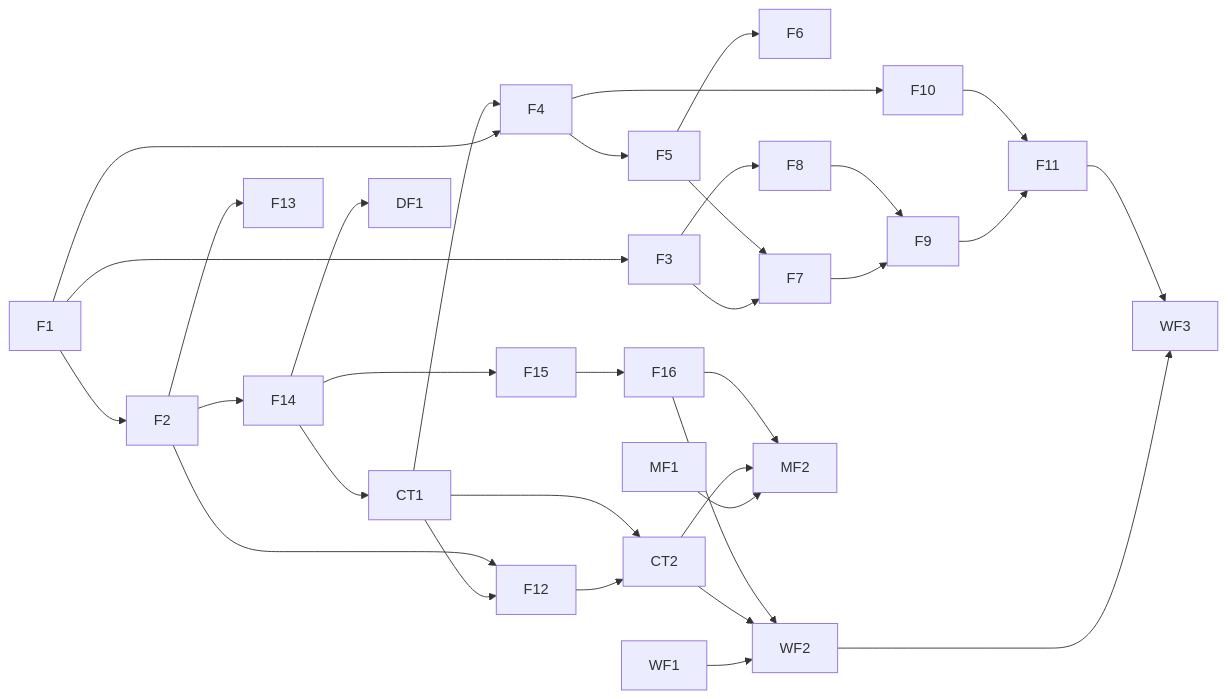
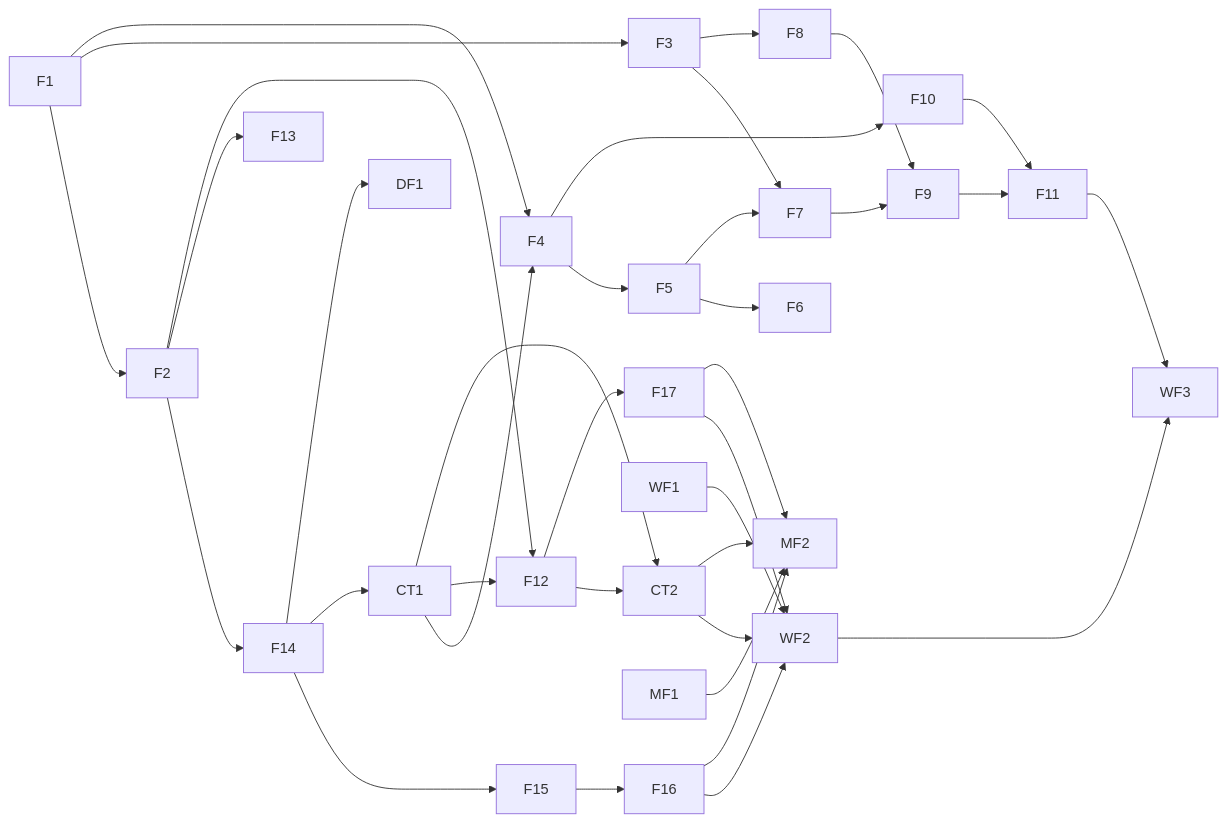
One commit to huynguyennang-agilityio/tripmate-docs changed the third of 3 diagrams in docs/specs/epic-11/spec.md. Above: the diagram before and after it, drawn with Mermaid. The commit also changed other lines of this file, not shown here.

````diff
--- a/docs/specs/epic-11/spec.md
+++ b/docs/specs/epic-11/spec.md
@@ -556,30 +560,33 @@
 ```mermaid
 flowchart LR
     F1 --> F2 --> F14
     F2 --> F13
     F14 --> F15 --> F16
     F14 --> CT1
     F14 --> DF1
     F1 --> F3
     F1 --> F4 --> F5 --> F6
     F3 --> F7
     F5 --> F7
     F3 --> F8
     F7 --> F9
     F8 --> F9
     F4 --> F10
     F9 --> F11
     F10 --> F11
     CT1 --> F4
     CT1 --> F12
     F2 --> F12 --> CT2
     CT1 --> CT2
     WF1 --> WF2
     CT2 --> WF2
     F16 --> WF2
+    F12 --> F17
+    F17 --> WF2
     WF2 --> WF3
     F11 --> WF3
     MF1 --> MF2
     CT2 --> MF2
     F16 --> MF2
+    F17 --> MF2
 ```
````
